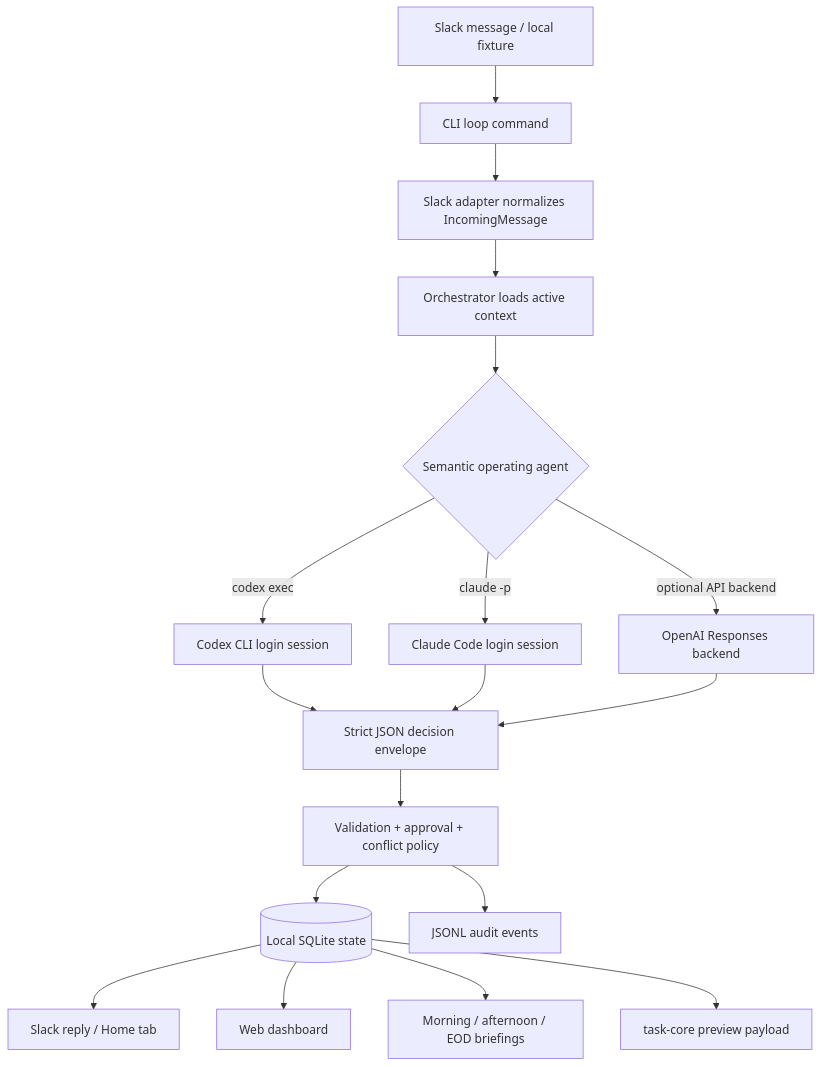
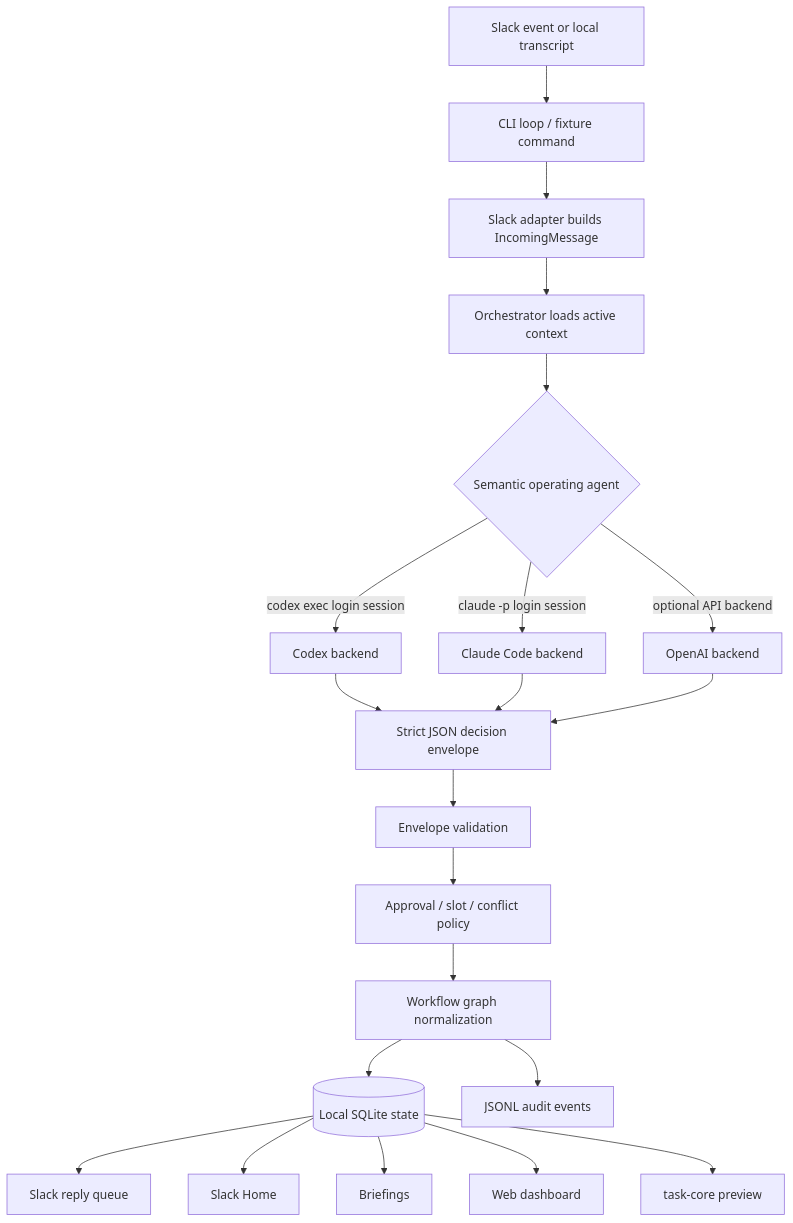
One commit to KOBIC-KBDS/task-management-clean-public changed the first of 6 diagrams in docs/agent-flow.md. Above: the diagram before and after it, drawn with Mermaid. The commit also changed other lines of this file and 1 other file, not shown here.

First line of the commit message:
Clarify clean agent flow for current hierarchy runtime

````diff
--- a/docs/agent-flow.md
+++ b/docs/agent-flow.md
@@ -36,20 +49,23 @@
 ```mermaid
 flowchart TD
-  A[Slack message / local fixture] --> B[CLI loop command]
-  B --> C[Slack adapter normalizes IncomingMessage]
+  A[Slack event or local transcript] --> B[CLI loop / fixture command]
+  B --> C[Slack adapter builds IncomingMessage]
   C --> D[Orchestrator loads active context]
   D --> E{Semantic operating agent}
-  E -->|codex exec| F[Codex CLI login session]
-  E -->|claude -p| G[Claude Code login session]
-  E -->|optional API backend| H[OpenAI Responses backend]
+  E -->|codex exec login session| F[Codex backend]
+  E -->|claude -p login session| G[Claude Code backend]
+  E -->|optional API backend| H[OpenAI backend]
   F --> I[Strict JSON decision envelope]
   G --> I
   H --> I
-  I --> J[Validation + approval + conflict policy]
-  J --> K[(Local SQLite state)]
-  J --> L[JSONL audit events]
-  K --> M[Slack reply / Home tab]
-  K --> N[Web dashboard]
-  K --> O[Morning / afternoon / EOD briefings]
-  K --> P[task-core preview payload]
+  I --> J[Envelope validation]
+  J --> K[Approval / slot / conflict policy]
+  K --> L[Workflow graph normalization]
+  L --> M[(Local SQLite state)]
+  L --> N[JSONL audit events]
+  M --> O[Slack reply queue]
+  M --> P[Slack Home]
+  M --> Q[Briefings]
+  M --> R[Web dashboard]
+  M --> S[task-core preview]
 ```
````
